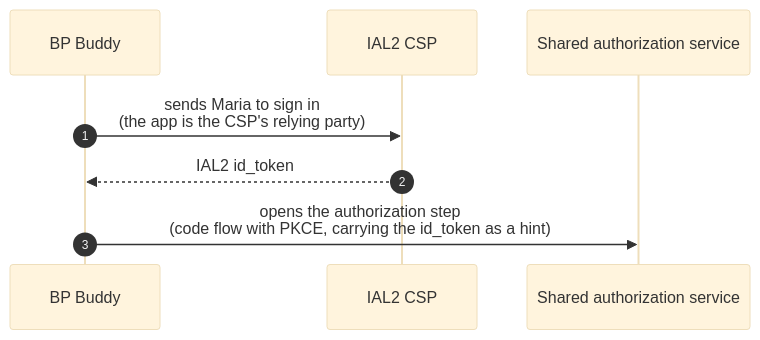
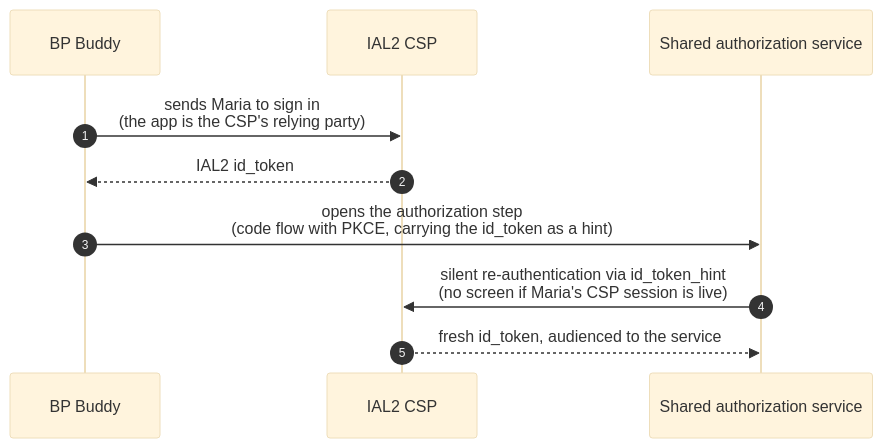
The fifth of 10 diagrams in authorizing-access.md (jmandel/cms-ns), drawn with Mermaid (base theme) before and after one commit. The commit also changed other lines of this file and 1 other file, not shown here.

First line of the commit message:
Parallel twin flows: identical stage names, paired diagrams, aligned rows

````diff
--- a/authorizing-access.md
+++ b/authorizing-access.md
@@ -152,11 +152,13 @@
 ```mermaid
 sequenceDiagram
     autonumber
     participant App as BP Buddy
     participant CSP as IAL2 CSP
     participant SAS as Shared authorization service
 
     App->>CSP: sends Maria to sign in<br/>(the app is the CSP's relying party)
     CSP-->>App: IAL2 id_token
     App->>SAS: opens the authorization step<br/>(code flow with PKCE, carrying the id_token as a hint)
+    SAS->>CSP: silent re-authentication via id_token_hint<br/>(no screen if Maria's CSP session is live)
+    CSP-->>SAS: fresh id_token, audienced to the service
 ```
````
